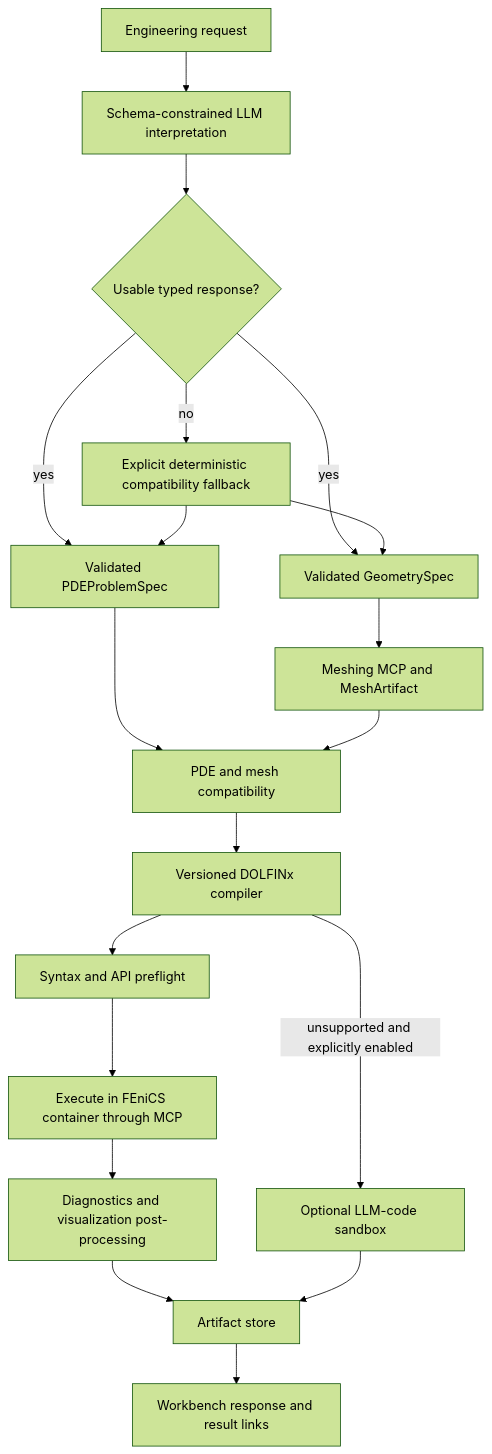
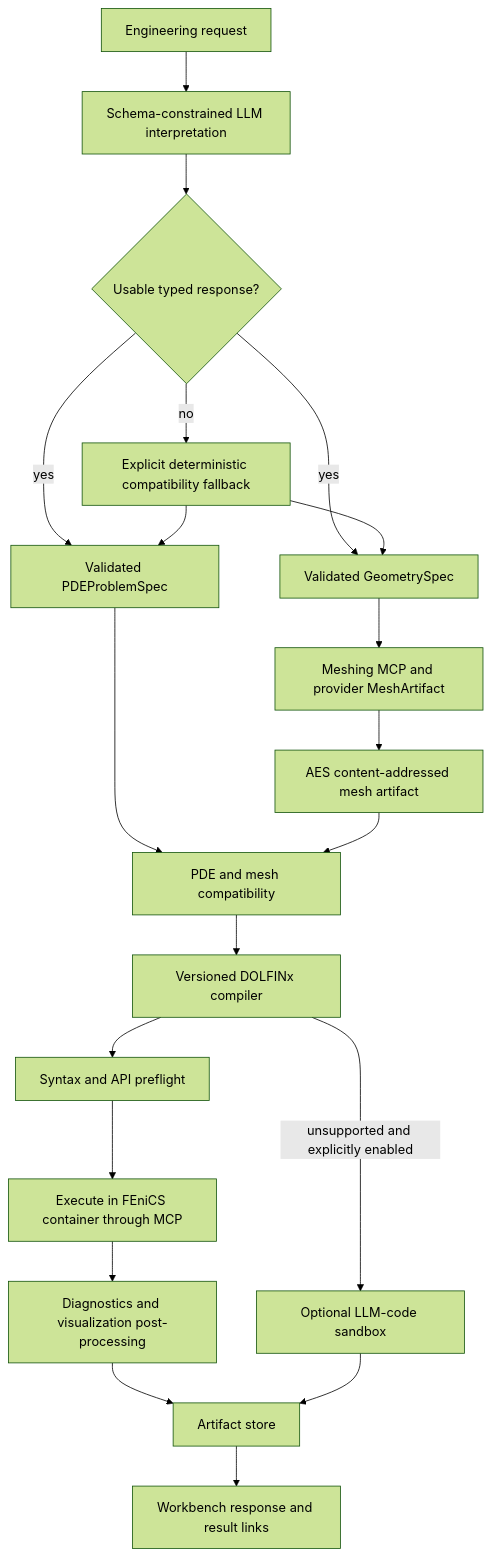
One commit to RadmirG/AES changed the second of 2 diagrams in README.md. Above: the diagram before and after it, drawn with Mermaid (forest theme). The commit also changed other lines of this file and 20 other files, not shown here.

````diff
--- a/README.md
+++ b/README.md
@@ -88,21 +88,22 @@
 ```mermaid
 flowchart TD
     request["Engineering request"] --> extract["Schema-constrained LLM interpretation"]
     extract --> valid{"Usable typed response?"}
     valid -->|yes| pde["Validated PDEProblemSpec"]
     valid -->|yes| geometry["Validated GeometrySpec"]
     valid -->|no| fallback["Explicit deterministic compatibility fallback"]
     fallback --> pde
     fallback --> geometry
-    geometry --> mesh["Meshing MCP and MeshArtifact"]
+    geometry --> mesh["Meshing MCP and provider MeshArtifact"]
+    mesh --> durableMesh["AES content-addressed mesh artifact"]
     pde --> compatible["PDE and mesh compatibility"]
-    mesh --> compatible
+    durableMesh --> compatible
     compatible --> compiler["Versioned DOLFINx compiler"]
     compiler --> safety["Syntax and API preflight"]
     safety --> execute["Execute in FEniCS container through MCP"]
     execute --> visualize["Diagnostics and visualization post-processing"]
     visualize --> store["Artifact store"]
     store --> response["Workbench response and result links"]
     compiler -->|"unsupported and explicitly enabled"| experimental["Optional LLM-code sandbox"]
     experimental --> store
 ```
````
